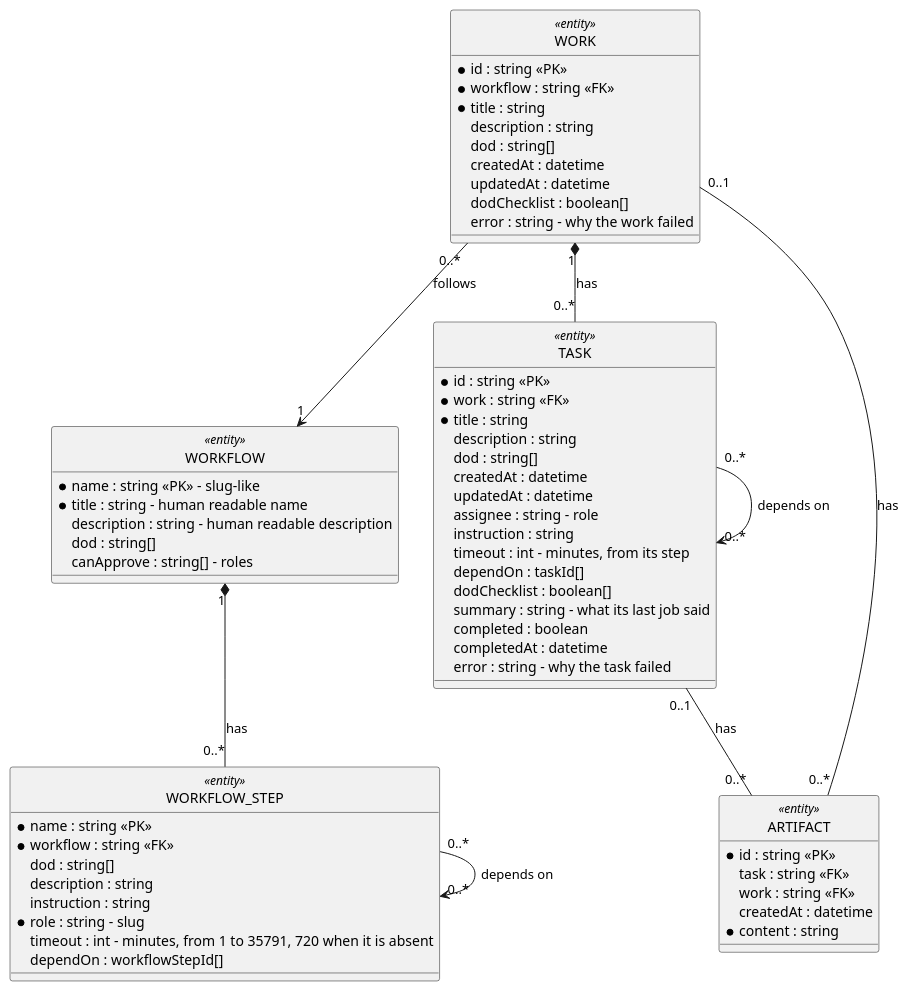
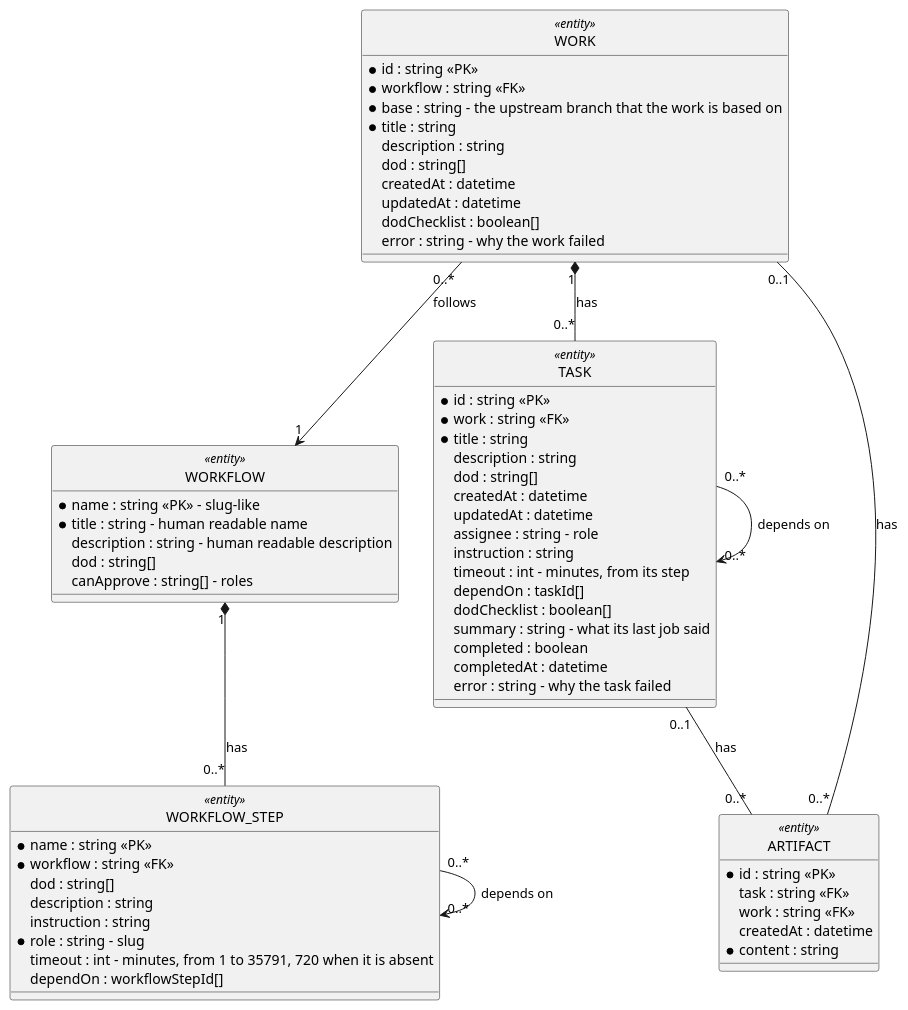
One commit to longlh/superteam changed the diagram in docs/08_concepts/storage/storage.md. Above: the diagram before and after it, drawn with PlantUML. The commit also changed other lines of this file and 32 other files, not shown here.

First line of the commit message:
Read the root branch from its upstream, and never write to the local one

````diff
--- a/docs/08_concepts/storage/storage.md
+++ b/docs/08_concepts/storage/storage.md
@@ -30,71 +30,72 @@
 ```plantuml
 @startuml
 hide circle
 
 class WORKFLOW <<entity>> {
   * name : string <<PK>> - slug-like
   * title : string - human readable name
   description : string - human readable description
   dod : string[]
   canApprove : string[] - roles
 }
 
 class WORKFLOW_STEP <<entity>> {
   * name : string <<PK>>
   * workflow : string <<FK>>
   dod : string[]
   description : string
   instruction : string
   * role : string - slug
   timeout : int - minutes, from 1 to 35791, 720 when it is absent
   dependOn : workflowStepId[]
 }
 
 class WORK <<entity>> {
   * id : string <<PK>>
   * workflow : string <<FK>>
+  * base : string - the upstream branch that the work is based on
   * title : string
   description : string
   dod : string[]
   createdAt : datetime
   updatedAt : datetime
   dodChecklist : boolean[]
   error : string - why the work failed
 }
 
 class TASK <<entity>> {
   * id : string <<PK>>
   * work : string <<FK>>
   * title : string
   description : string
   dod : string[]
   createdAt : datetime
   updatedAt : datetime
   assignee : string - role
   instruction : string
   timeout : int - minutes, from its step
   dependOn : taskId[]
   dodChecklist : boolean[]
   summary : string - what its last job said
   completed : boolean
   completedAt : datetime
   error : string - why the task failed
 }
 
 class ARTIFACT <<entity>> {
   * id : string <<PK>>
   task : string <<FK>>
   work : string <<FK>>
   createdAt : datetime
   * content : string
 }
 
 WORKFLOW "1" *-- "0..*" WORKFLOW_STEP : has
 WORKFLOW_STEP "0..*" --> "0..*" WORKFLOW_STEP : depends on
 WORK "0..*" --> "1" WORKFLOW : follows
 WORK "1" *-- "0..*" TASK : has
 TASK "0..*" --> "0..*" TASK : depends on
 TASK "0..1" -- "0..*" ARTIFACT : has
 WORK "0..1" -- "0..*" ARTIFACT : has
 @enduml
 ```
````
